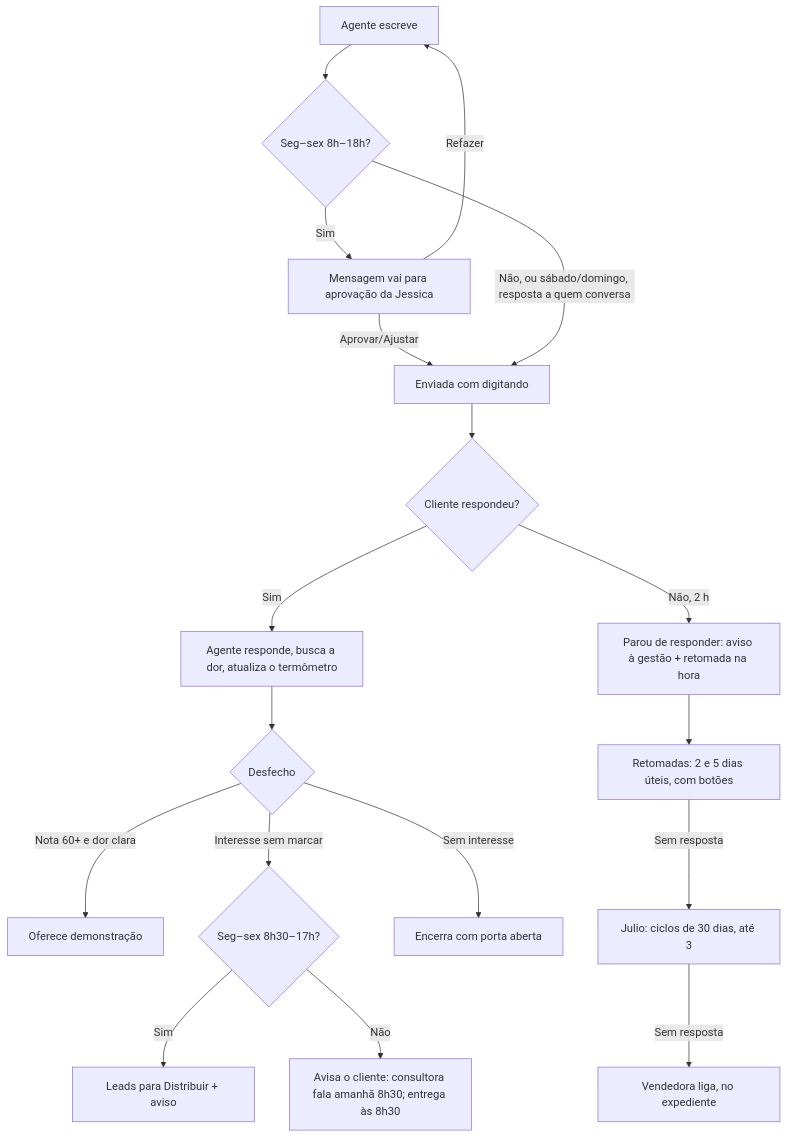
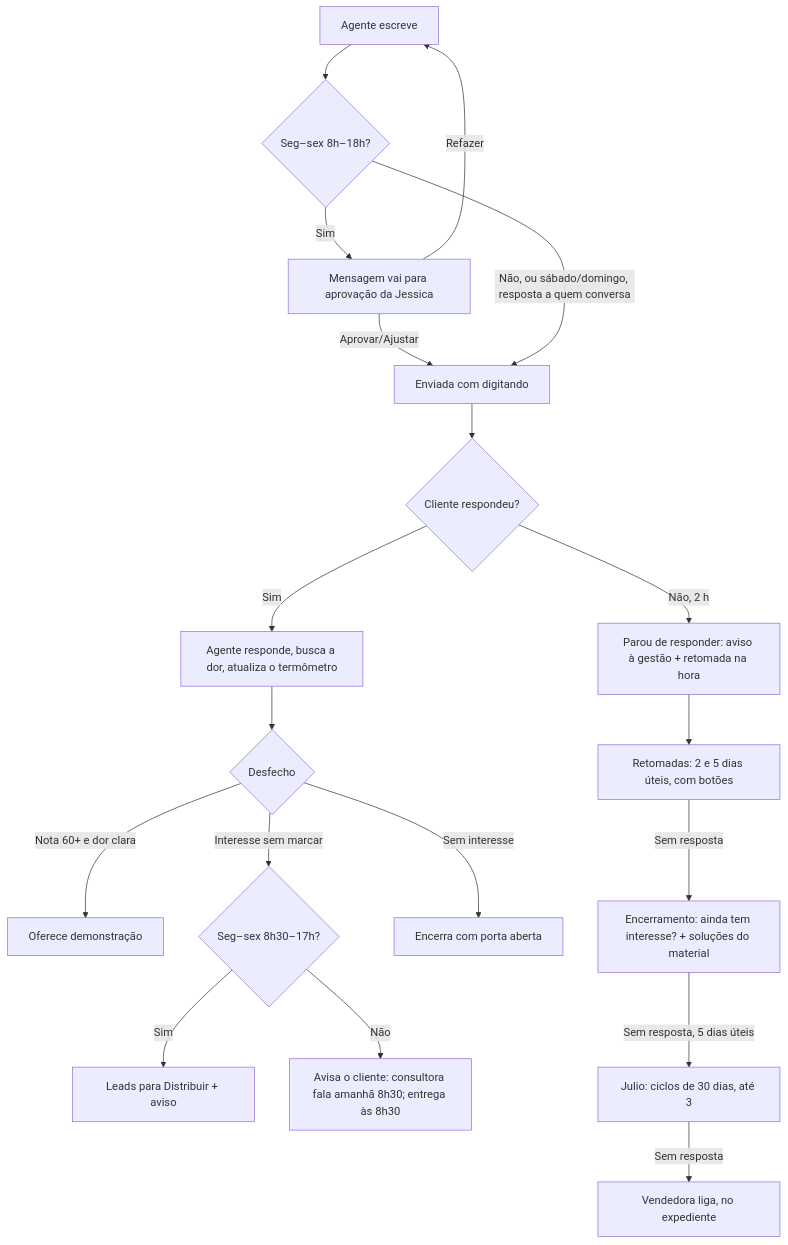
The second of 3 diagrams in docs/produto/03-app-flow.md (prosystemcomercial-JESSICA/crmcomercialprosystem), drawn with Mermaid before and after one commit. The commit also changed 2 other files, not shown here.

Commit message:
docs: mensagem de encerramento

````diff
--- a/docs/produto/03-app-flow.md
+++ b/docs/produto/03-app-flow.md
@@ -34,20 +34,21 @@
 ```mermaid
 flowchart TD
   A[Agente escreve] --> B{Seg–sex 8h–18h?}
   B -- Sim --> C[Mensagem vai para aprovação da Jessica]
   C -- Aprovar/Ajustar --> D[Enviada com digitando]
   C -- Refazer --> A
   B -- Não, ou sábado/domingo, resposta a quem conversa --> D
   D --> E{Cliente respondeu?}
   E -- Sim --> F[Agente responde, busca a dor, atualiza o termômetro]
   F --> G{Desfecho}
   G -- Nota 60+ e dor clara --> H[Oferece demonstração]
   G -- Interesse sem marcar --> I{Seg–sex 8h30–17h?}
   I -- Sim --> J[Leads para Distribuir + aviso]
   I -- Não --> K[Avisa o cliente: consultora fala amanhã 8h30; entrega às 8h30]
   G -- Sem interesse --> L[Encerra com porta aberta]
   E -- Não, 2 h --> M[Parou de responder: aviso à gestão + retomada na hora]
   M --> N[Retomadas: 2 e 5 dias úteis, com botões]
-  N -- Sem resposta --> O[Julio: ciclos de 30 dias, até 3]
+  N -- Sem resposta --> N2[Encerramento: ainda tem interesse? + soluções do material]
+  N2 -- Sem resposta, 5 dias úteis --> O[Julio: ciclos de 30 dias, até 3]
   O -- Sem resposta --> P[Vendedora liga, no expediente]
 ```
````
